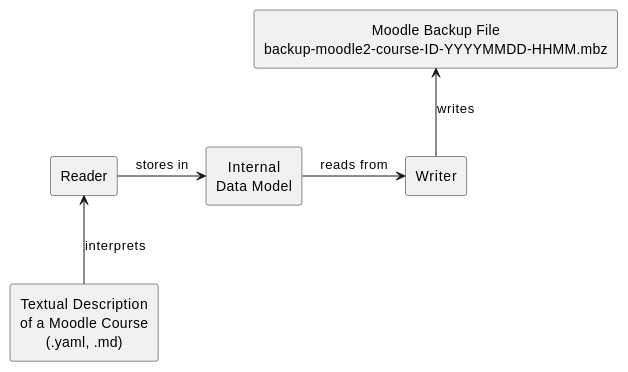
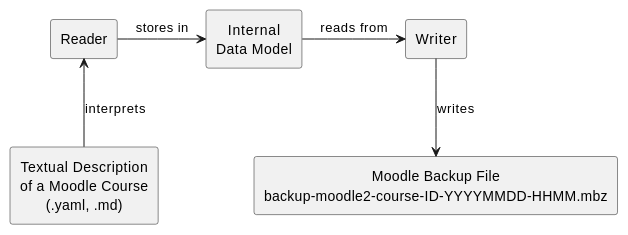
The diagram in Documentation/MkDocs/docs/index.md (if24b267/course-as-code), drawn with PlantUML before and after one commit.

Commit message:
Another attempt at fixing the UML diagram arrow direction

````diff
--- a/Documentation/MkDocs/docs/index.md
+++ b/Documentation/MkDocs/docs/index.md
@@ -12,24 +12,24 @@
 ```puml
 @startuml
 
 <style>
     rectangle {
     HorizontalAlignment center
     }
 </style>
 
 ' Define components (rectangles)
 rectangle "Textual Description\nof a Moodle Course\n(.yaml, .md)" as Description
 rectangle Reader
 rectangle "Internal\nData Model" as Model
 rectangle Writer
 rectangle "Moodle Backup File\nbackup-moodle2-course-ID-YYYYMMDD-HHMM.mbz" as Backup
 
 ' Define relationships (arrows with labels)
 Description -up-> Reader : interprets
 Reader -right-> Model : stores in
 Model -right-> Writer : reads from
-Writer -up-> Backup: writes
+Writer -down-> Backup: writes
 
 @enduml
 ```
````
